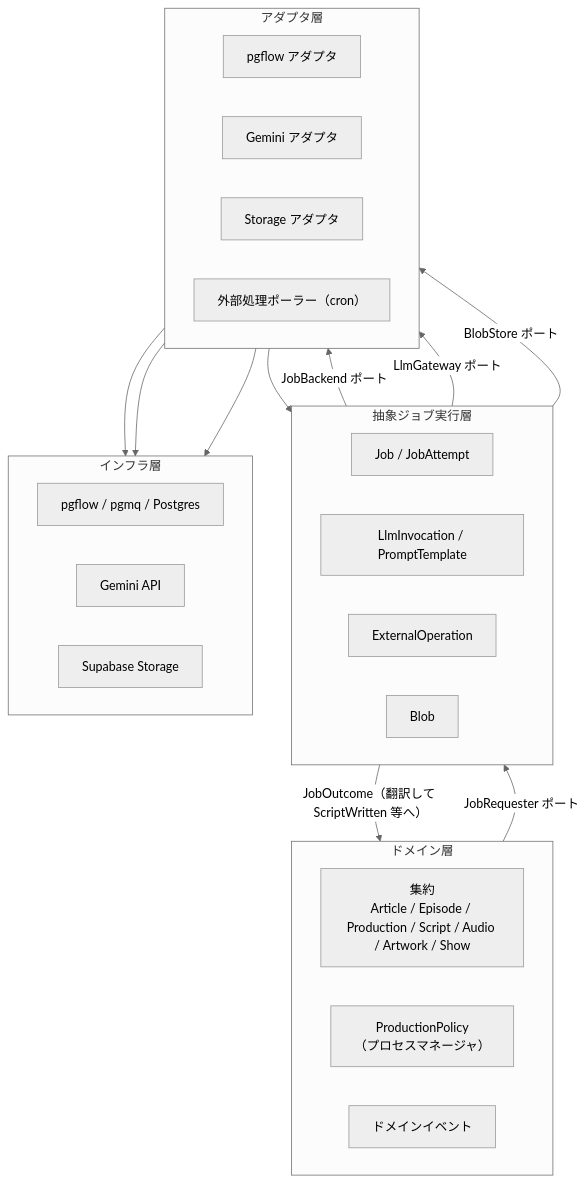
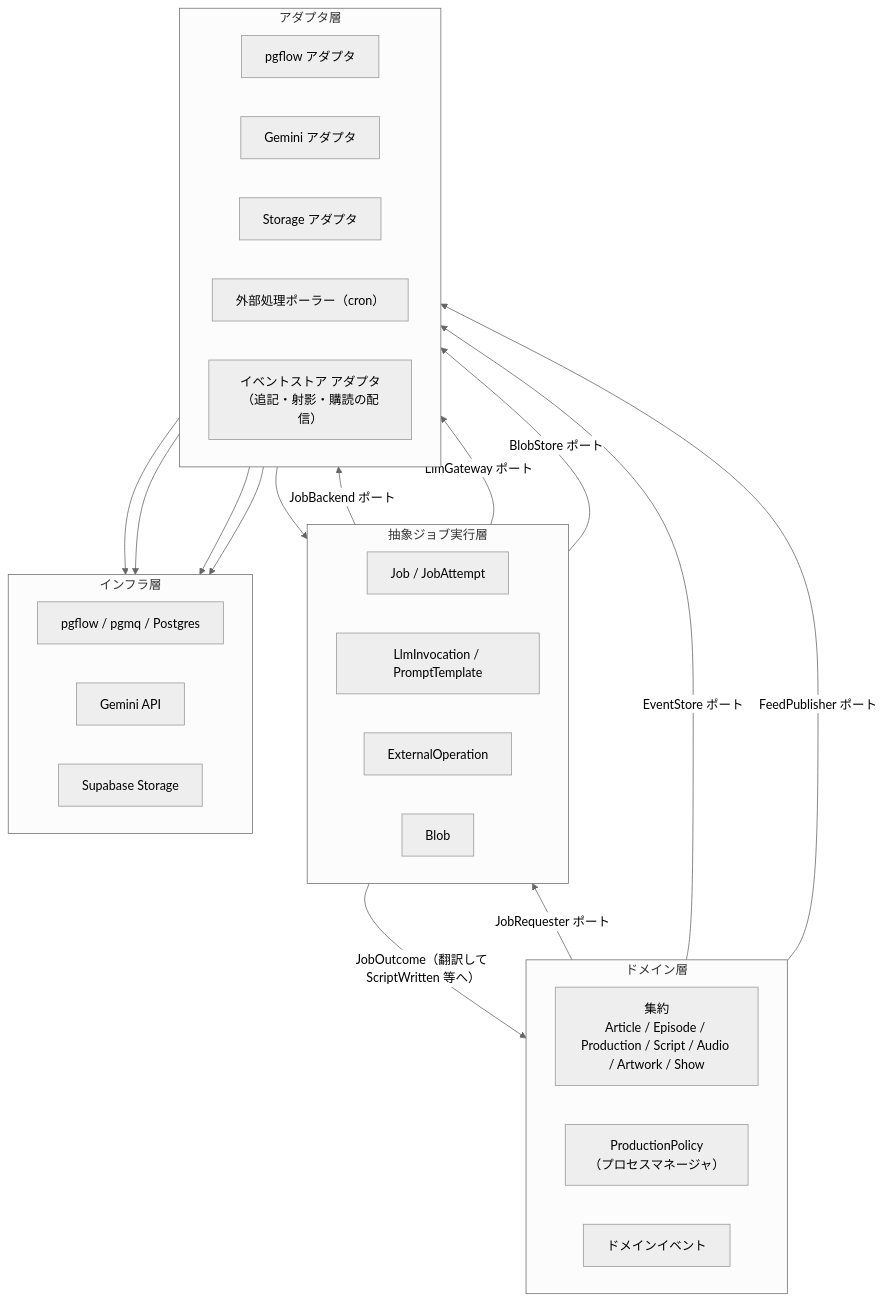
Before and after one commit to hskksk/podcaster: the first of 6 diagrams in docs/architecture/podcast-domain-model-tobe.md, drawn with Mermaid (neutral theme). The commit also changed other lines of this file, not shown here.

Commit message:
docs(architecture): apply episode, feed, event store and tts chunk decisions

````diff
--- a/docs/architecture/podcast-domain-model-tobe.md
+++ b/docs/architecture/podcast-domain-model-tobe.md
@@ -14,38 +14,42 @@
 ```mermaid
 flowchart TB
   subgraph D["ドメイン層"]
     direction LR
     AGG["集約<br/>Article / Episode / Production / Script / Audio / Artwork / Show"]
     PM["ProductionPolicy<br/>（プロセスマネージャ）"]
     EV["ドメインイベント"]
   end
   subgraph J["抽象ジョブ実行層"]
     direction LR
     JOB["Job / JobAttempt"]
     LLM["LlmInvocation / PromptTemplate"]
     EXT["ExternalOperation"]
     BLOB["Blob"]
   end
   subgraph A["アダプタ層"]
     direction LR
     PGA["pgflow アダプタ"]
     GEM["Gemini アダプタ"]
     STA["Storage アダプタ"]
     POL["外部処理ポーラー（cron）"]
+    ESA["イベントストア アダプタ<br/>（追記・射影・購読の配信）"]
   end
   subgraph I["インフラ層"]
     direction LR
     PGF["pgflow / pgmq / Postgres"]
     GAPI["Gemini API"]
     SST["Supabase Storage"]
   end
   PM -- "JobRequester ポート" --> JOB
   JOB -- "JobOutcome（翻訳して ScriptWritten 等へ）" --> PM
   JOB -- "JobBackend ポート" --> PGA
   LLM -- "LlmGateway ポート" --> GEM
   BLOB -- "BlobStore ポート" --> STA
+  EV -- "EventStore ポート" --> ESA
+  PM -- "FeedPublisher ポート" --> STA
   POL --> EXT
+  ESA --> PGF
   PGA --> PGF
   GEM --> GAPI
   STA --> SST
 ```
````
